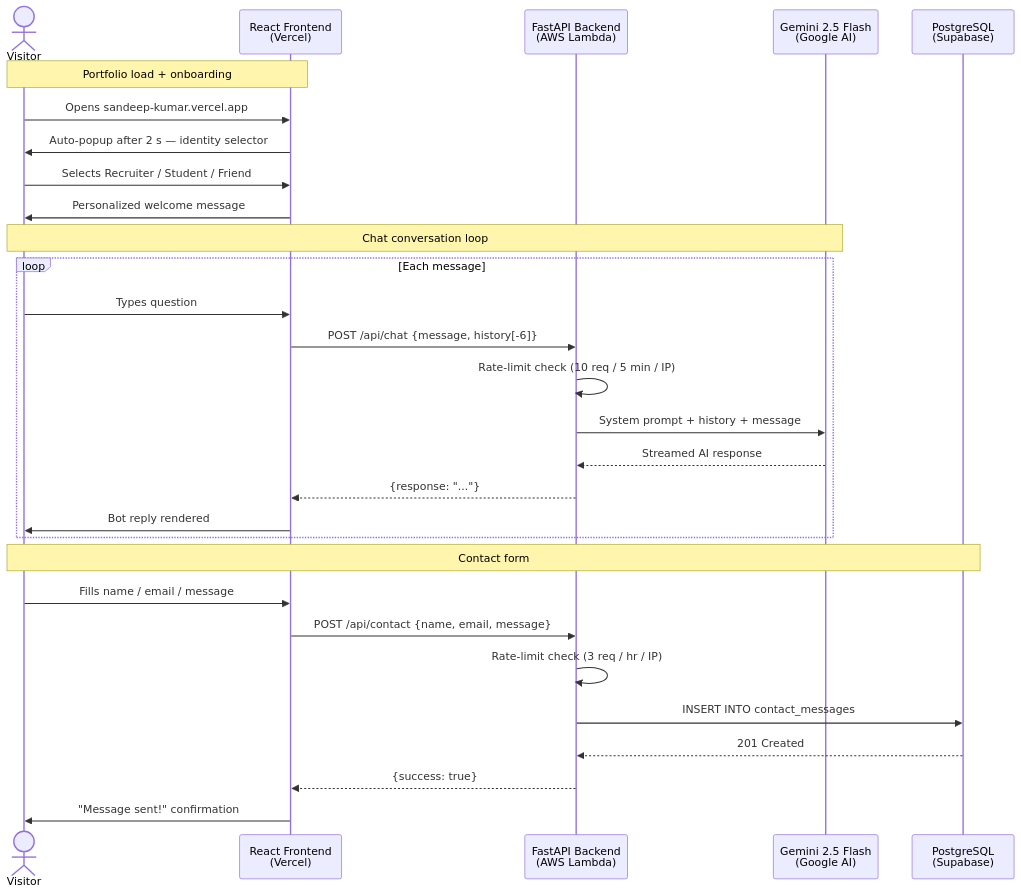
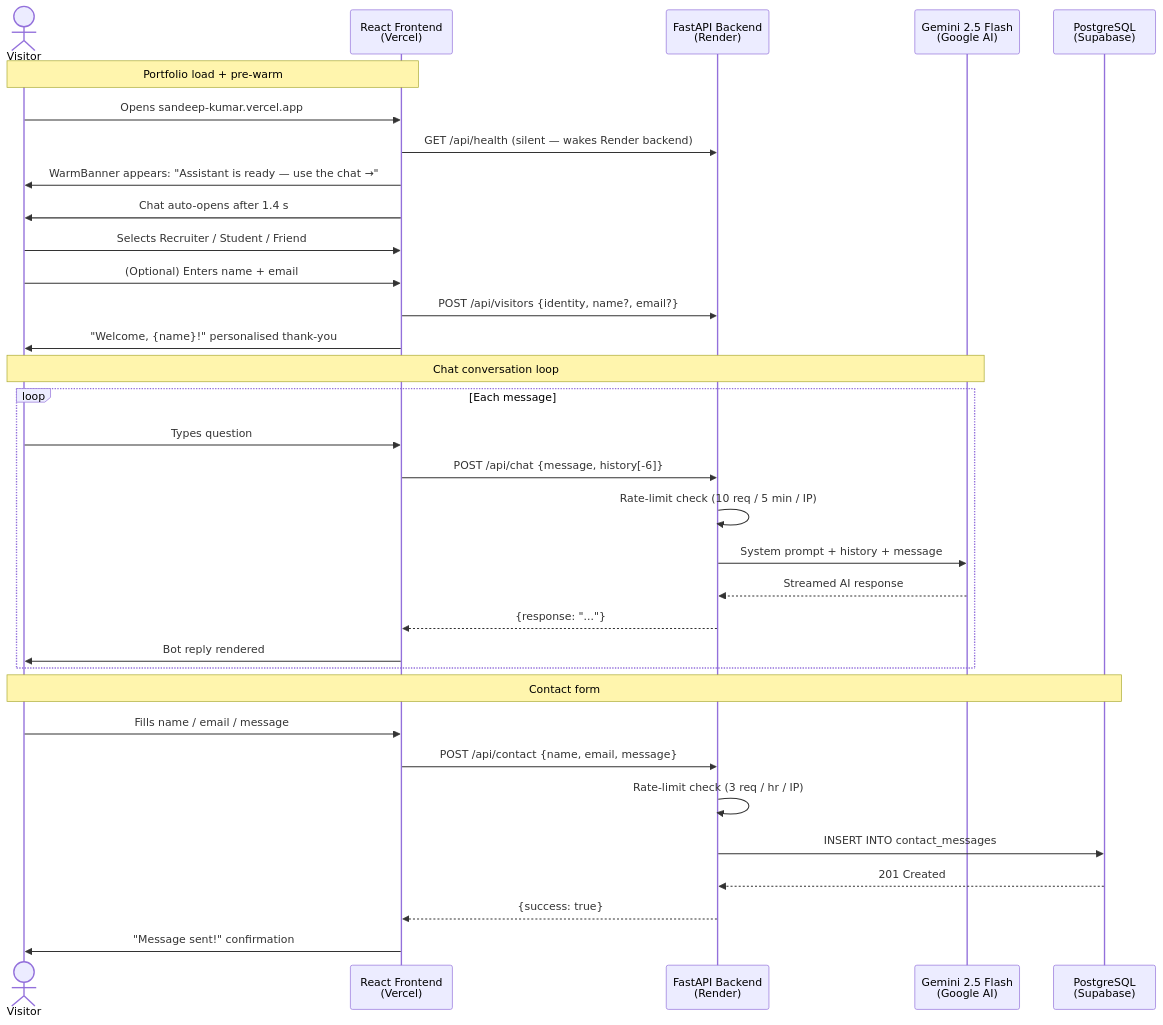
Before and after one commit to Qisanxi/Portfolio: the second of 3 diagrams in README.md, drawn with Mermaid. The commit also changed other lines of this file and 24 other files, not shown here.

First line of the commit message:
feat: cold-start UX, visitor email capture, tests + CI, Render backend

````diff
--- a/README.md
+++ b/README.md
@@ -90,34 +98,38 @@
 ```mermaid
 sequenceDiagram
     actor V as Visitor
     participant FE as React Frontend<br/>(Vercel)
-    participant API as FastAPI Backend<br/>(AWS Lambda)
+    participant API as FastAPI Backend<br/>(Render)
     participant AI as Gemini 2.5 Flash<br/>(Google AI)
     participant DB as PostgreSQL<br/>(Supabase)
 
-    Note over V,FE: Portfolio load + onboarding
+    Note over V,FE: Portfolio load + pre-warm
     V->>FE: Opens sandeep-kumar.vercel.app
-    FE->>V: Auto-popup after 2 s — identity selector
+    FE->>API: GET /api/health (silent — wakes Render backend)
+    FE->>V: WarmBanner appears: "Assistant is ready — use the chat →"
+    FE->>V: Chat auto-opens after 1.4 s
     V->>FE: Selects Recruiter / Student / Friend
-    FE->>V: Personalized welcome message
+    V->>FE: (Optional) Enters name + email
+    FE->>API: POST /api/visitors {identity, name?, email?}
+    FE->>V: "Welcome, {name}!" personalised thank-you
 
     Note over V,AI: Chat conversation loop
     loop Each message
         V->>FE: Types question
         FE->>API: POST /api/chat {message, history[-6]}
         API->>API: Rate-limit check (10 req / 5 min / IP)
         API->>AI: System prompt + history + message
         AI-->>API: Streamed AI response
         API-->>FE: {response: "..."}
         FE->>V: Bot reply rendered
     end
 
     Note over V,DB: Contact form
     V->>FE: Fills name / email / message
     FE->>API: POST /api/contact {name, email, message}
     API->>API: Rate-limit check (3 req / hr / IP)
     API->>DB: INSERT INTO contact_messages
     DB-->>API: 201 Created
     API-->>FE: {success: true}
     FE->>V: "Message sent!" confirmation
 ```
````
